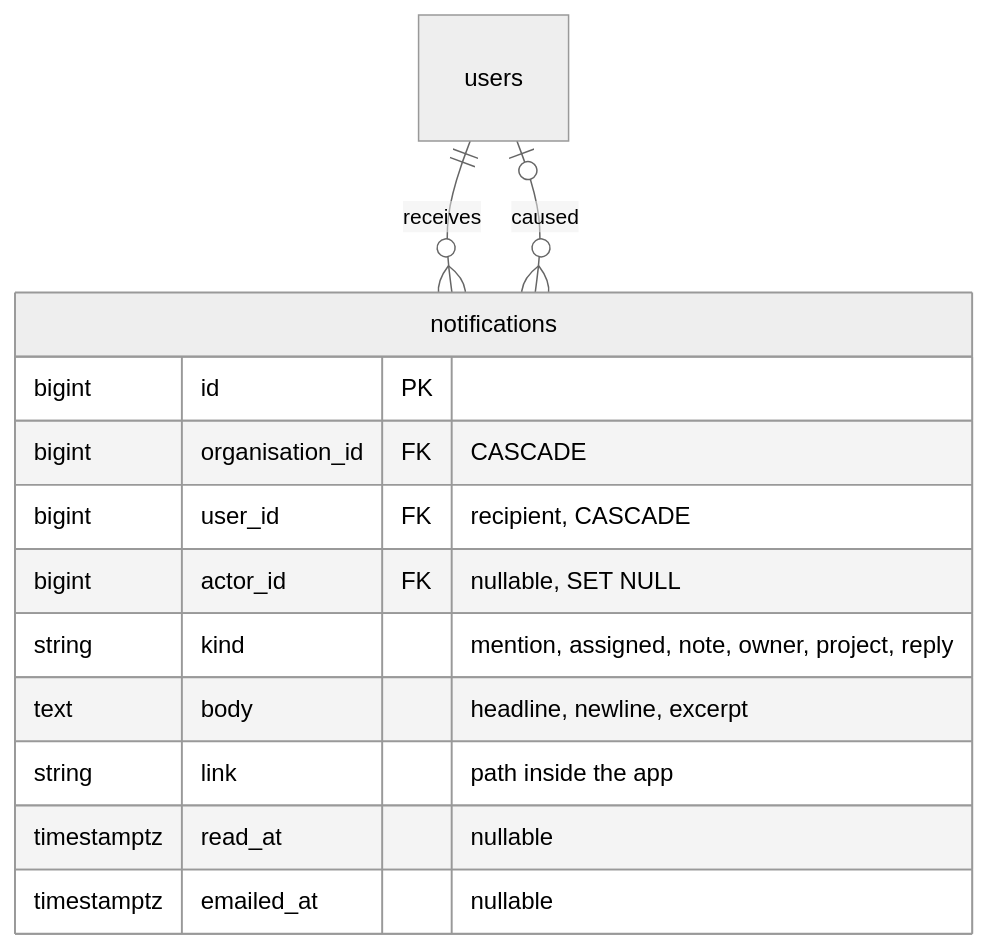
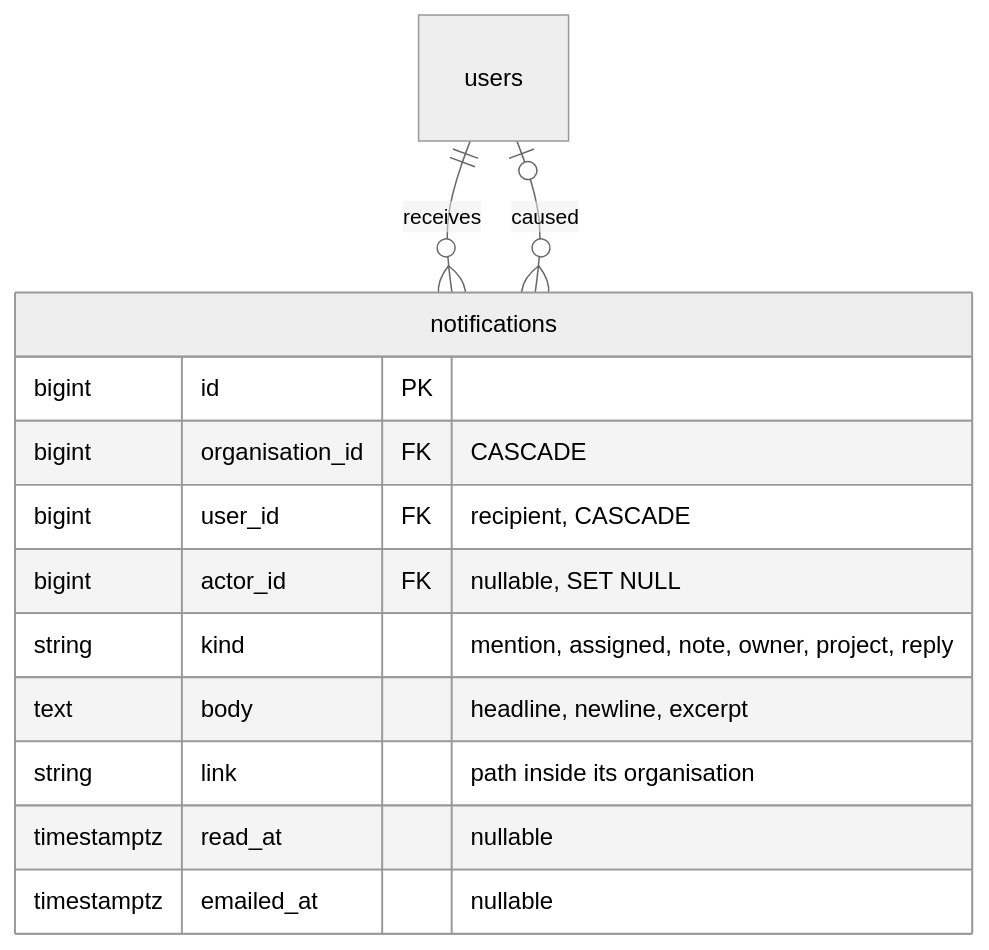
The fifth of 7 diagrams in docs/architecture/erd.md (rajgurung/collaboration_tool), drawn with Mermaid (neutral theme) before and after one commit. The commit also changed other lines of this file and 11 other files, not shown here.

````diff
--- a/docs/architecture/erd.md
+++ b/docs/architecture/erd.md
@@ -341,16 +341,16 @@
 ```mermaid
 erDiagram
     notifications {
         bigint id PK
         bigint organisation_id FK "CASCADE"
         bigint user_id FK "recipient, CASCADE"
         bigint actor_id FK "nullable, SET NULL"
         string kind "mention, assigned, note, owner, project, reply"
         text body "headline, newline, excerpt"
-        string link "path inside the app"
+        string link "path inside its organisation"
         timestamptz read_at "nullable"
         timestamptz emailed_at "nullable"
     }
     users ||--o{ notifications : "receives"
     users |o--o{ notifications : "caused"
 ```
````
